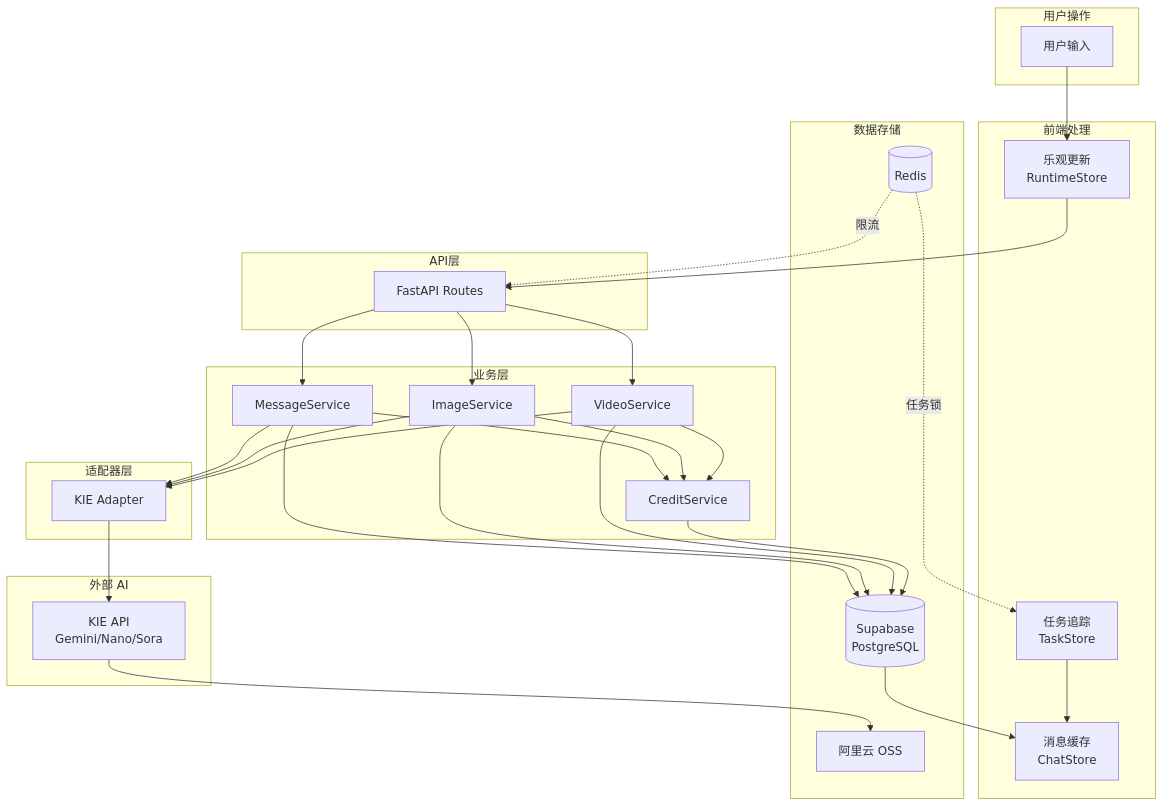
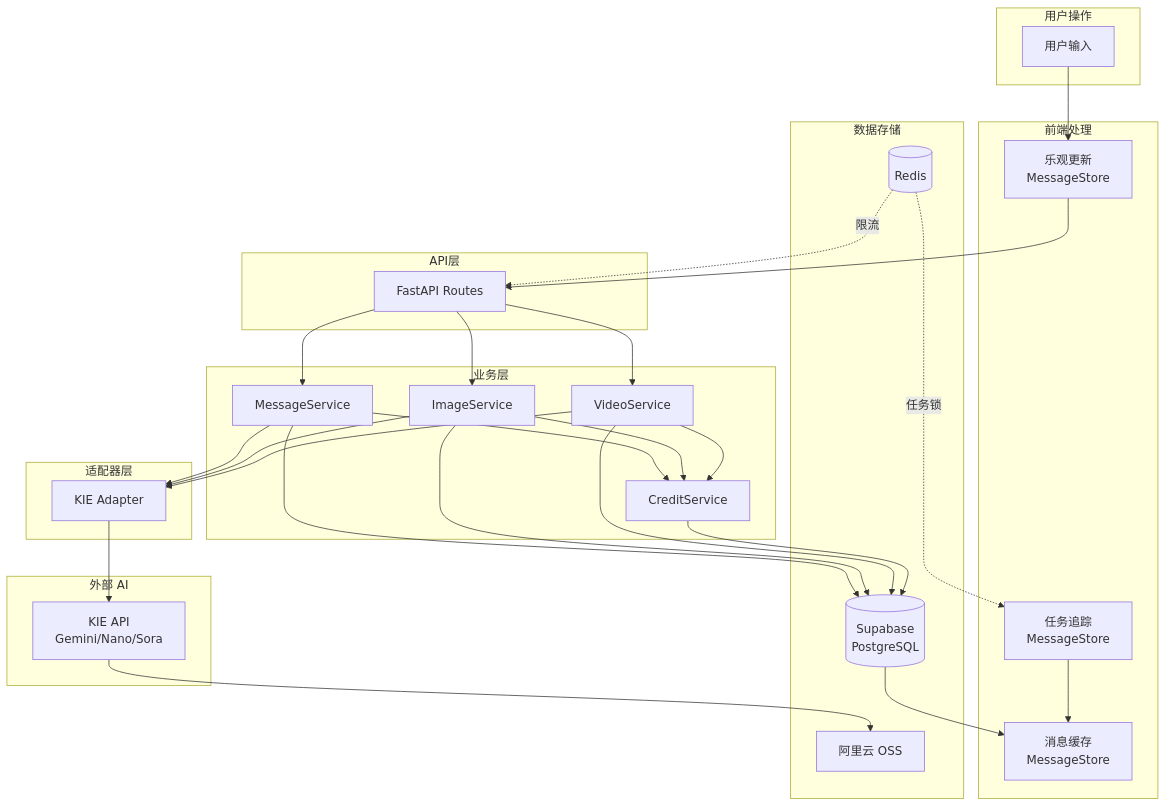
Before and after one commit to wucong75644-crypto/EVERYDAYAIONE: the ninth of 9 diagrams in docs/FLOW_DIAGRAMS.md, drawn with Mermaid. The commit also changed other lines of this file and 125 other files, not shown here.

````diff
--- a/docs/FLOW_DIAGRAMS.md
+++ b/docs/FLOW_DIAGRAMS.md
@@ -486,66 +481,66 @@
 ```mermaid
 flowchart TB
     subgraph 用户操作
         Input[用户输入]
     end
 
     subgraph 前端处理
-        Optimistic[乐观更新<br/>RuntimeStore]
-        Cache[消息缓存<br/>ChatStore]
-        Task[任务追踪<br/>TaskStore]
+        Optimistic[乐观更新<br/>MessageStore]
+        Cache[消息缓存<br/>MessageStore]
+        Task[任务追踪<br/>MessageStore]
     end
 
     subgraph API层
         Routes[FastAPI Routes]
     end
 
     subgraph 业务层
         MsgService[MessageService]
         ImgService[ImageService]
         VidService[VideoService]
         CreditService[CreditService]
     end
 
     subgraph 适配器层
         KIEAdapter[KIE Adapter]
     end
 
     subgraph 数据存储
         Supabase[(Supabase<br/>PostgreSQL)]
         Redis[(Redis)]
         OSS[阿里云 OSS]
     end
 
     subgraph 外部 AI
         KIE[KIE API<br/>Gemini/Nano/Sora]
     end
 
     Input --> Optimistic
     Optimistic --> Routes
 
     Routes --> MsgService
     Routes --> ImgService
     Routes --> VidService
 
     MsgService --> Supabase
     ImgService --> Supabase
     VidService --> Supabase
 
     MsgService --> CreditService
     ImgService --> CreditService
     VidService --> CreditService
     CreditService --> Supabase
 
     MsgService --> KIEAdapter
     ImgService --> KIEAdapter
     VidService --> KIEAdapter
 
     KIEAdapter --> KIE
     KIE --> OSS
 
     Supabase --> Cache
     Task --> Cache
 
     Redis -.->|限流| Routes
     Redis -.->|任务锁| Task
 ```
````
